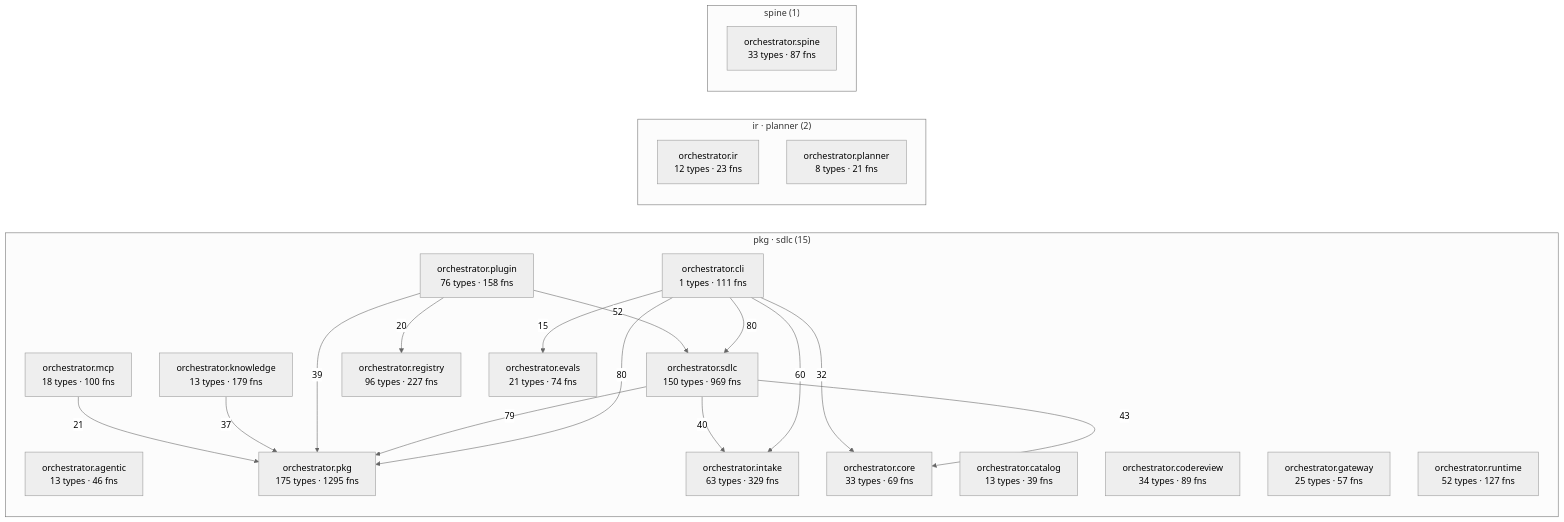
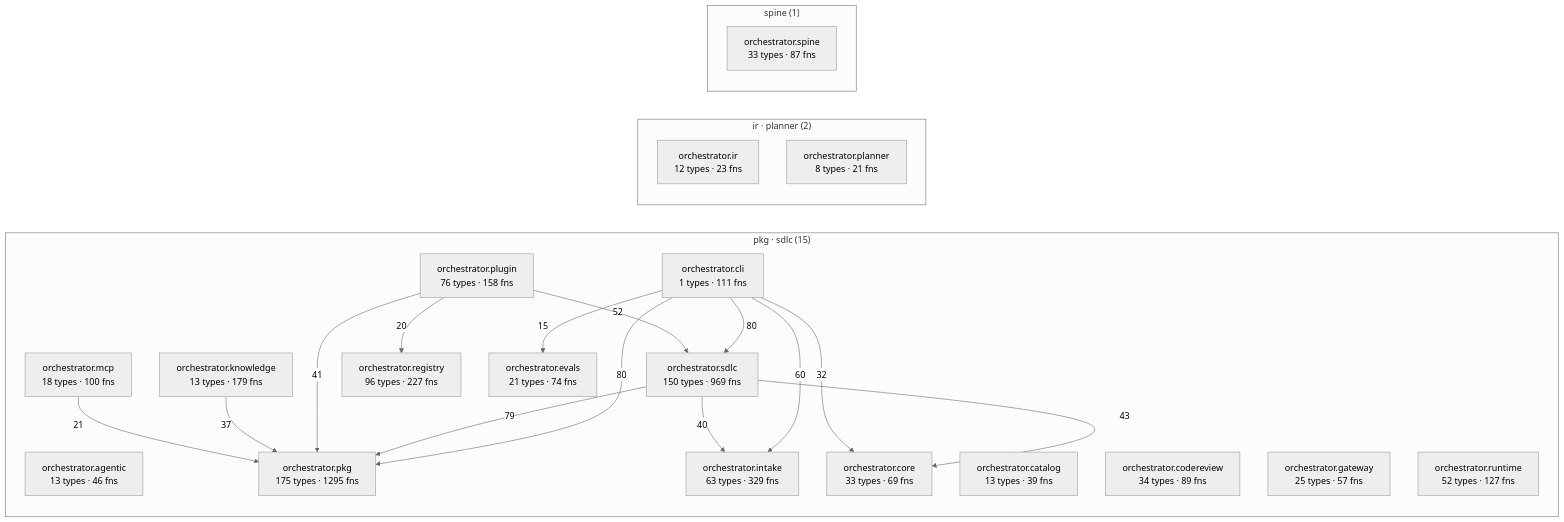
The diagram in episteme/architecture.md (synaptixs/spine), drawn with Mermaid (neutral theme) before and after one commit. The commit also changed other lines of this file and 16 other files, not shown here.

````diff
--- a/episteme/architecture.md
+++ b/episteme/architecture.md
@@ -57,40 +56,40 @@
 ```mermaid
 flowchart LR
   subgraph c_2["pkg · sdlc (15)"]
     aorchestratoragentic["orchestrator.agentic<br/>13 types · 46 fns"]
     aorchestratorcatalog["orchestrator.catalog<br/>13 types · 39 fns"]
     aorchestratorcli["orchestrator.cli<br/>1 types · 111 fns"]
     aorchestratorcodereview["orchestrator.codereview<br/>34 types · 89 fns"]
     aorchestratorcore["orchestrator.core<br/>33 types · 69 fns"]
     aorchestratorevals["orchestrator.evals<br/>21 types · 74 fns"]
     aorchestratorgateway["orchestrator.gateway<br/>25 types · 57 fns"]
     aorchestratorintake["orchestrator.intake<br/>63 types · 329 fns"]
     aorchestratorknowledge["orchestrator.knowledge<br/>13 types · 179 fns"]
     aorchestratormcp["orchestrator.mcp<br/>18 types · 100 fns"]
     aorchestratorpkg["orchestrator.pkg<br/>175 types · 1295 fns"]
     aorchestratorplugin["orchestrator.plugin<br/>76 types · 158 fns"]
     aorchestratorregistry["orchestrator.registry<br/>96 types · 227 fns"]
     aorchestratorruntime["orchestrator.runtime<br/>52 types · 127 fns"]
     aorchestratorsdlc["orchestrator.sdlc<br/>150 types · 969 fns"]
   end
   subgraph c_5["ir · planner (2)"]
     aorchestratorir["orchestrator.ir<br/>12 types · 23 fns"]
     aorchestratorplanner["orchestrator.planner<br/>8 types · 21 fns"]
   end
   subgraph c_10["spine (1)"]
     aorchestratorspine["orchestrator.spine<br/>33 types · 87 fns"]
   end
   aorchestratorcli -->|80| aorchestratorpkg
   aorchestratorcli -->|80| aorchestratorsdlc
   aorchestratorsdlc -->|79| aorchestratorpkg
   aorchestratorcli -->|60| aorchestratorintake
   aorchestratorplugin -->|52| aorchestratorsdlc
   aorchestratorsdlc -->|43| aorchestratorcore
+  aorchestratorplugin -->|41| aorchestratorpkg
   aorchestratorsdlc -->|40| aorchestratorintake
-  aorchestratorplugin -->|39| aorchestratorpkg
   aorchestratorknowledge -->|37| aorchestratorpkg
   aorchestratorcli -->|32| aorchestratorcore
   aorchestratormcp -->|21| aorchestratorpkg
   aorchestratorplugin -->|20| aorchestratorregistry
   aorchestratorcli -->|15| aorchestratorevals
 ```
````
